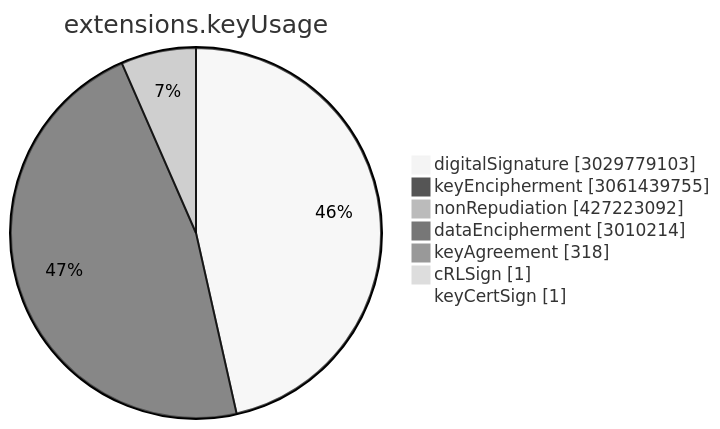
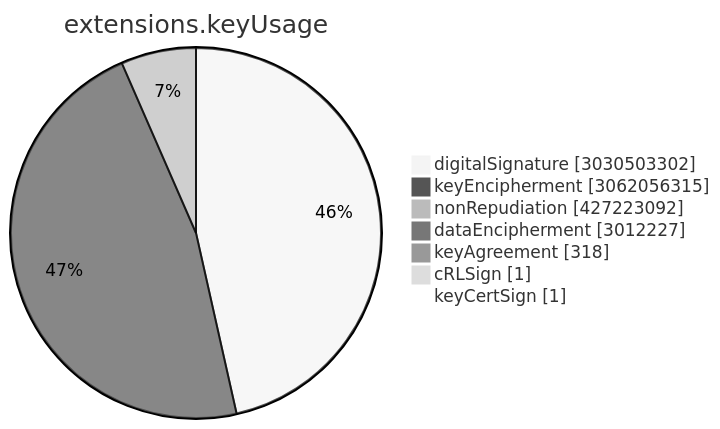
Before and after one commit to christiankrug/ctmonitor_visualization: the sixth of 15 diagrams in TOTAL/README.md, drawn with Mermaid (neutral theme). The commit also changed other lines of this file, not shown here.

````diff
--- a/TOTAL/README.md
+++ b/TOTAL/README.md
@@ -3075,11 +3075,11 @@
 ```mermaid
 pie showData
 title extensions.keyUsage
-"digitalSignature" :3029779103
-"keyEncipherment" :3061439755
+"digitalSignature" :3030503302
+"keyEncipherment" :3062056315
 "nonRepudiation" :427223092
-"dataEncipherment" :3010214
+"dataEncipherment" :3012227
 "keyAgreement" :318
 "cRLSign" :1
 "keyCertSign" :1
 ```
````
